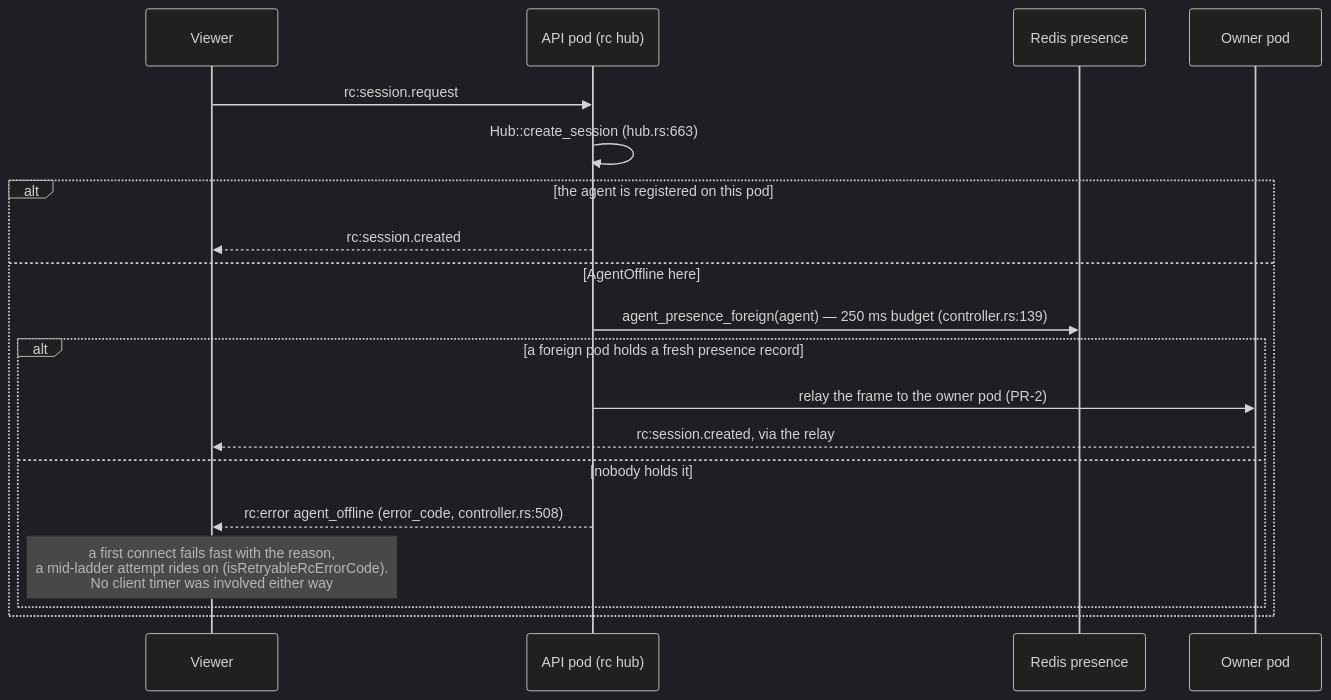
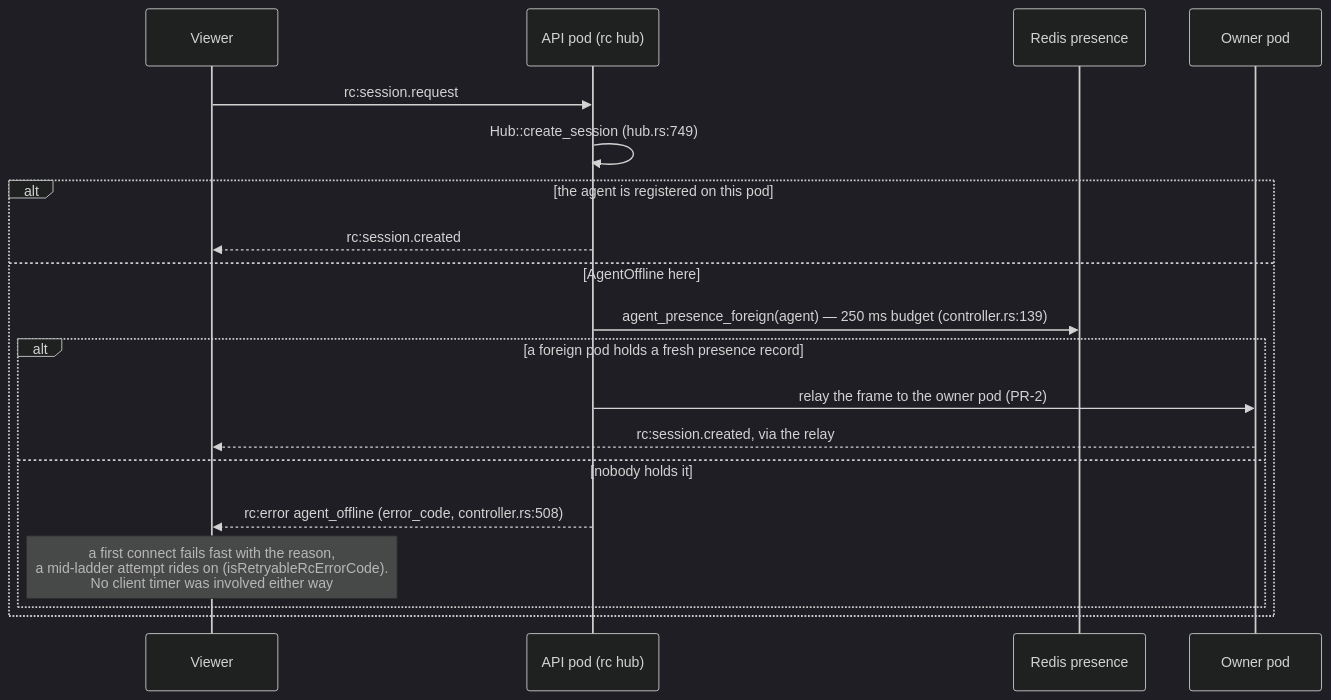
One commit to gjovanov/roomler-ai changed diagram 31 of 43 in docs/remote-control.md. Above: the diagram before and after it, drawn with Mermaid (dark theme). The commit also changed other lines of this file and 43 other files, not shown here.

````diff
--- a/docs/remote-control.md
+++ b/docs/remote-control.md
@@ -3243,21 +3243,21 @@
 ```mermaid
 sequenceDiagram
     participant V as Viewer
     participant P as API pod (rc hub)
     participant R as Redis presence
     participant O as Owner pod
     V->>P: rc:session.request
-    P->>P: Hub::create_session (hub.rs:663)
+    P->>P: Hub::create_session (hub.rs:749)
     alt the agent is registered on this pod
         P-->>V: rc:session.created
     else AgentOffline here
         P->>R: agent_presence_foreign(agent) — 250 ms budget (controller.rs:139)
         alt a foreign pod holds a fresh presence record
             P->>O: relay the frame to the owner pod (PR-2)
             O-->>V: rc:session.created, via the relay
         else nobody holds it
             P-->>V: rc:error agent_offline (error_code, controller.rs:508)
             Note over V: a first connect fails fast with the reason,<br/>a mid-ladder attempt rides on (isRetryableRcErrorCode).<br/>No client timer was involved either way
         end
     end
 ```
````
